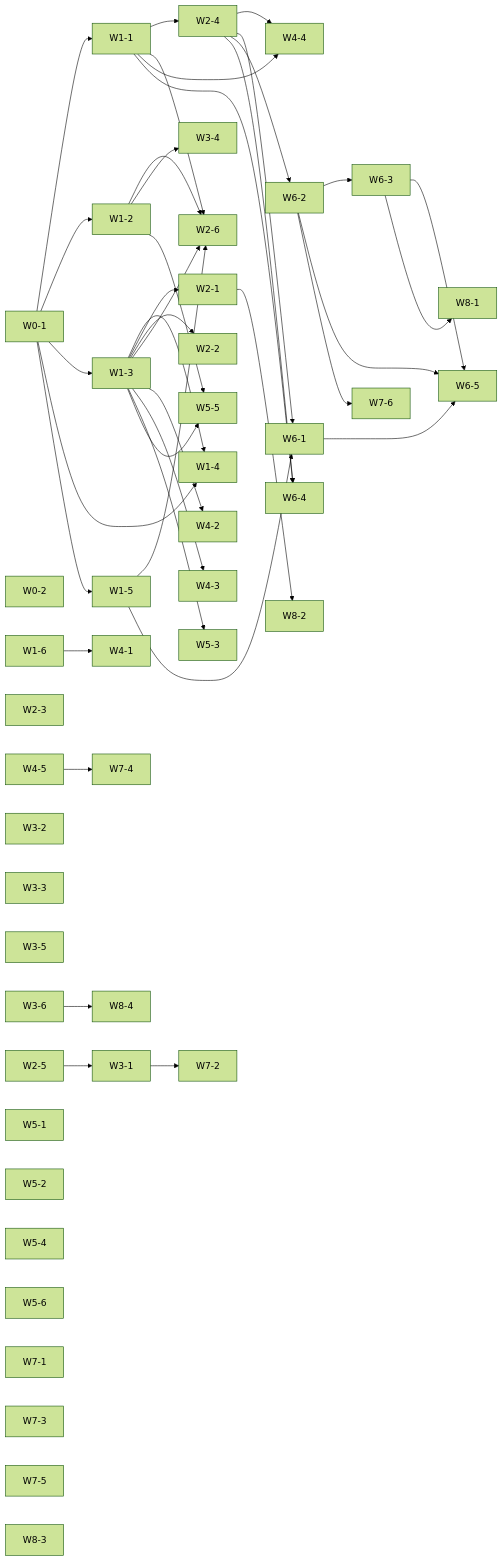
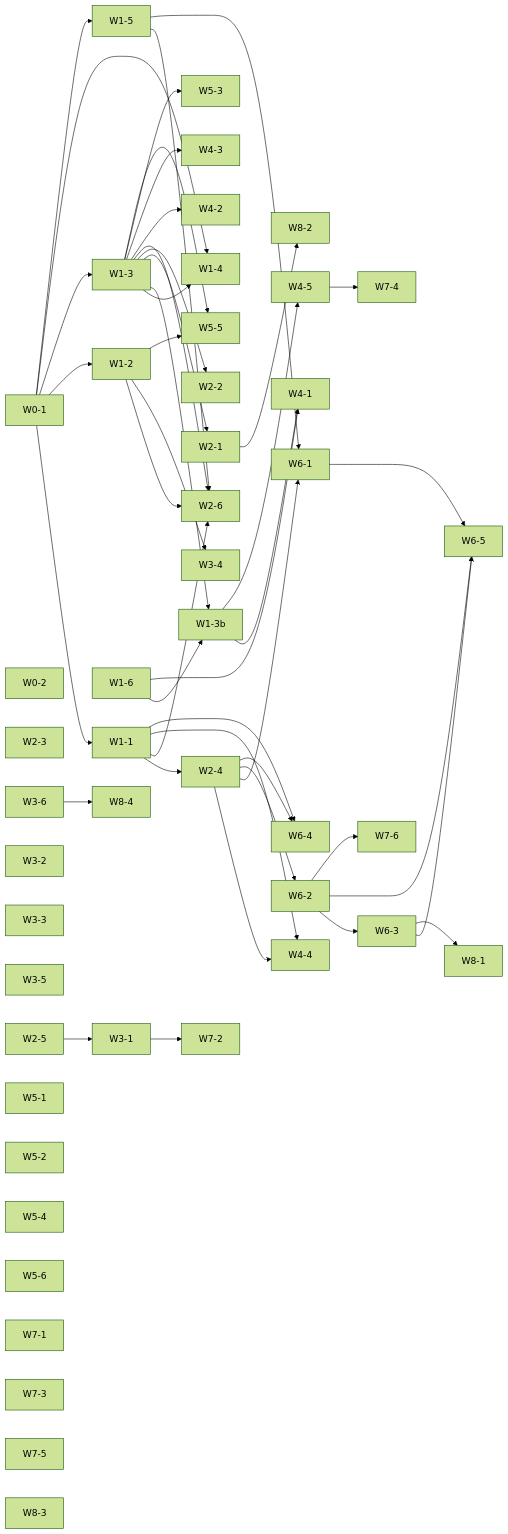
The diagram in docs/IMPLEMENTATION-PLAN.md (open-agentix/open-agentix), drawn with Mermaid (forest theme) before and after one commit. The commit also changed other lines of this file and 1 other file, not shown here.

```diff
--- a/docs/IMPLEMENTATION-PLAN.md
+++ b/docs/IMPLEMENTATION-PLAN.md
@@ -251,6 +255,7 @@
   W1_1["W1-1"]
   W1_2["W1-2"]
   W1_3["W1-3"]
+  W1_3b["W1-3b"]
   W1_4["W1-4"]
   W1_5["W1-5"]
   W1_6["W1-6"]
@@ -297,6 +302,10 @@
   W0_1 --> W1_3
   W0_1 --> W1_4
   W1_3 --> W1_4
+  W1_3 --> W1_3b
+  W1_6 --> W1_3b
+  W1_3b --> W4_1
+  W1_3b --> W4_5
   W0_1 --> W1_5
   W1_3 --> W2_1
   W1_3 --> W2_2
```
